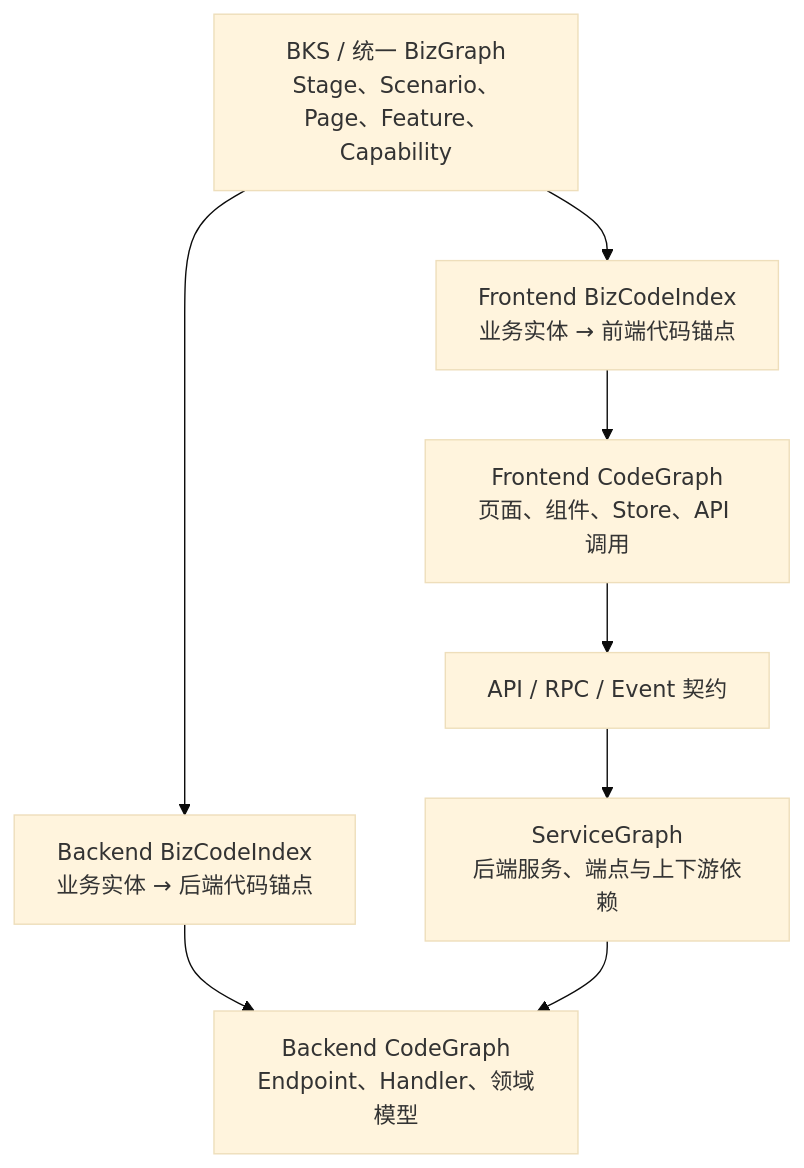
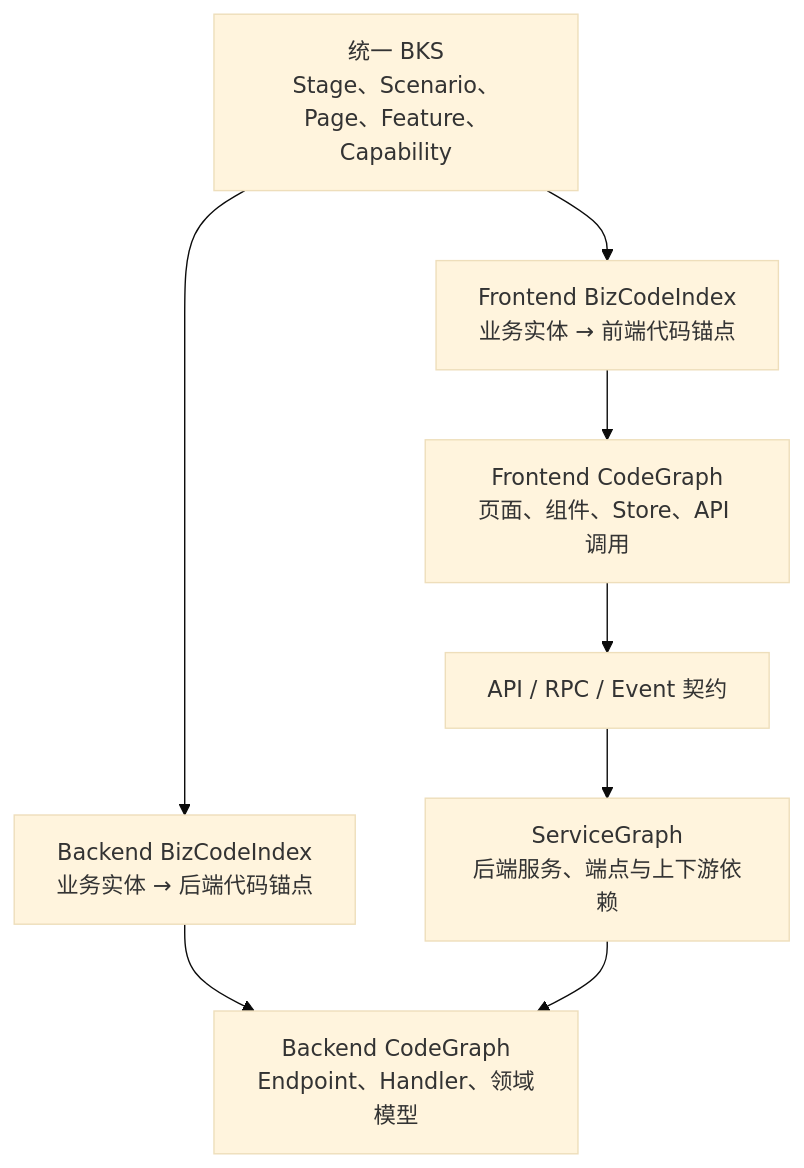
One commit to CommanderXL/study changed the diagram in AI/知识图谱.md. Above: the diagram before and after it, drawn with Mermaid (base theme). The commit also changed other lines of this file and 1 other file, not shown here.

```diff
--- a/AI/知识图谱.md
+++ b/AI/知识图谱.md
@@ -189,17 +142,17 @@
 ~~~mermaid
 flowchart TD
-    B["BKS / 统一 BizGraph<br/>Stage、Scenario、Page、Feature、Capability"]
+    B["统一 BKS<br/>Stage、Scenario、Page、Feature、Capability"]
 
     FBI["Frontend BizCodeIndex<br/>业务实体 → 前端代码锚点"]
     BBI["Backend BizCodeIndex<br/>业务实体 → 后端代码锚点"]
 
     FCG["Frontend CodeGraph<br/>页面、组件、Store、API 调用"]
     BCG["Backend CodeGraph<br/>Endpoint、Handler、领域模型"]
 
     CONTRACT["API / RPC / Event 契约"]
     SG["ServiceGraph<br/>后端服务、端点与上下游依赖"]
 
     B --> FBI --> FCG
     B --> BBI --> BCG
     FCG --> CONTRACT --> SG --> BCG
 ~~~
```
